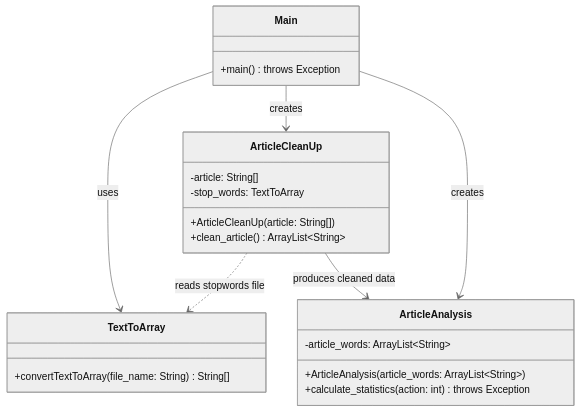
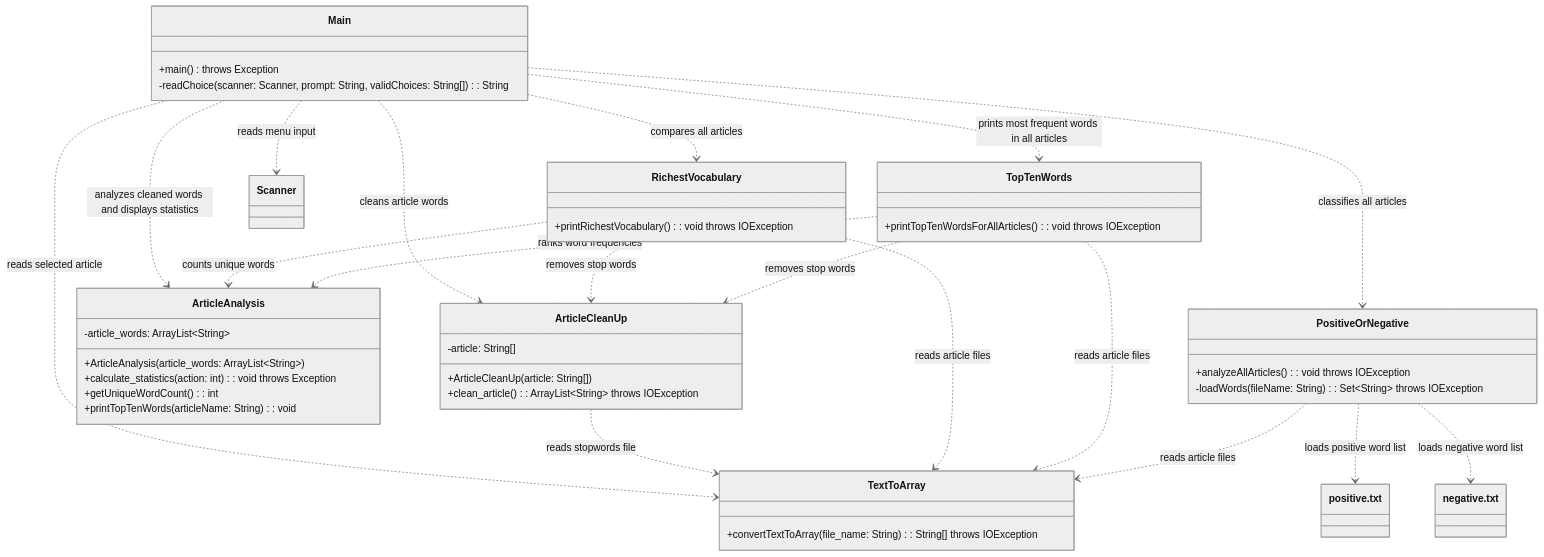
The diagram in README.md (lsalazar1219-web/OOP_Lab_Semester_Project), drawn with Mermaid (neutral theme) before and after one commit. The commit also changed other lines of this file and 9 other files, not shown here.

Commit message:
added functionality for milestone 2: richest vocabulary, top ten words, and positive or negative analysis

````diff
--- a/README.md
+++ b/README.md
@@ -5,30 +7,57 @@
 ```mermaid
 classDiagram
     class Main {
         +main() throws Exception
+        -readChoice(scanner: Scanner, prompt: String, validChoices: String[]): String
     }
 
     class TextToArray {
-        +convertTextToArray(file_name: String) String[]
+        +convertTextToArray(file_name: String): String[] throws IOException
     }
 
     class ArticleCleanUp {
         -article: String[]
-        -stop_words: TextToArray
         +ArticleCleanUp(article: String[])
-        +clean_article() ArrayList~String~
+        +clean_article(): ArrayList~String~ throws IOException
     }
 
     class ArticleAnalysis {
         -article_words: ArrayList~String~
         +ArticleAnalysis(article_words: ArrayList~String~)
-        +calculate_statistics(action: int) throws Exception
+        +calculate_statistics(action: int): void throws Exception
+        +getUniqueWordCount(): int
+        +printTopTenWords(articleName: String): void
     }
 
-    Main --> TextToArray : uses
-    Main --> ArticleCleanUp : creates
-    Main --> ArticleAnalysis : creates
+    class RichestVocabulary {
+        +printRichestVocabulary(): void throws IOException
+    }
+
+    class TopTenWords {
+        +printTopTenWordsForAllArticles(): void throws IOException
+    }
+
+    class PositiveOrNegative {
+        +analyzeAllArticles(): void throws IOException
+        -loadWords(fileName: String): Set~String~ throws IOException
+    }
+
+    Main ..> Scanner : reads menu input
+    Main ..> TextToArray : reads selected article
+    Main ..> ArticleCleanUp : cleans article words
+    Main ..> ArticleAnalysis : analyzes cleaned words and displays statistics
+    Main ..> RichestVocabulary : compares all articles
+    Main ..> TopTenWords : prints most frequent words in all articles
+    Main ..> PositiveOrNegative : classifies all articles
 
     ArticleCleanUp ..> TextToArray : reads stopwords file
-    ArticleCleanUp --> ArticleAnalysis : produces cleaned data
+    RichestVocabulary ..> TextToArray : reads article files
+    RichestVocabulary ..> ArticleCleanUp : removes stop words
+    RichestVocabulary ..> ArticleAnalysis : counts unique words
+    TopTenWords ..> TextToArray : reads article files
+    TopTenWords ..> ArticleCleanUp : removes stop words
+    TopTenWords ..> ArticleAnalysis : ranks word frequencies
+    PositiveOrNegative ..> TextToArray : reads article files
+    PositiveOrNegative ..> positive.txt : loads positive word list
+    PositiveOrNegative ..> negative.txt : loads negative word list
 ```
````
